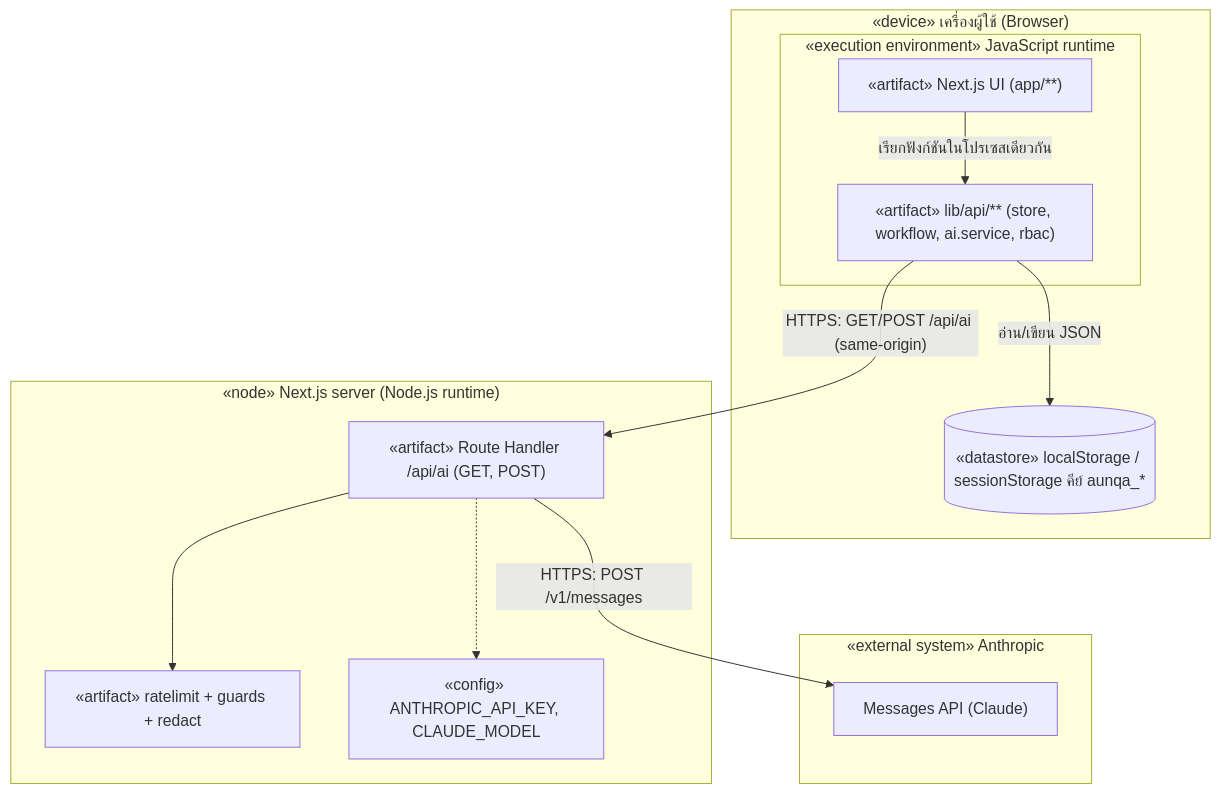
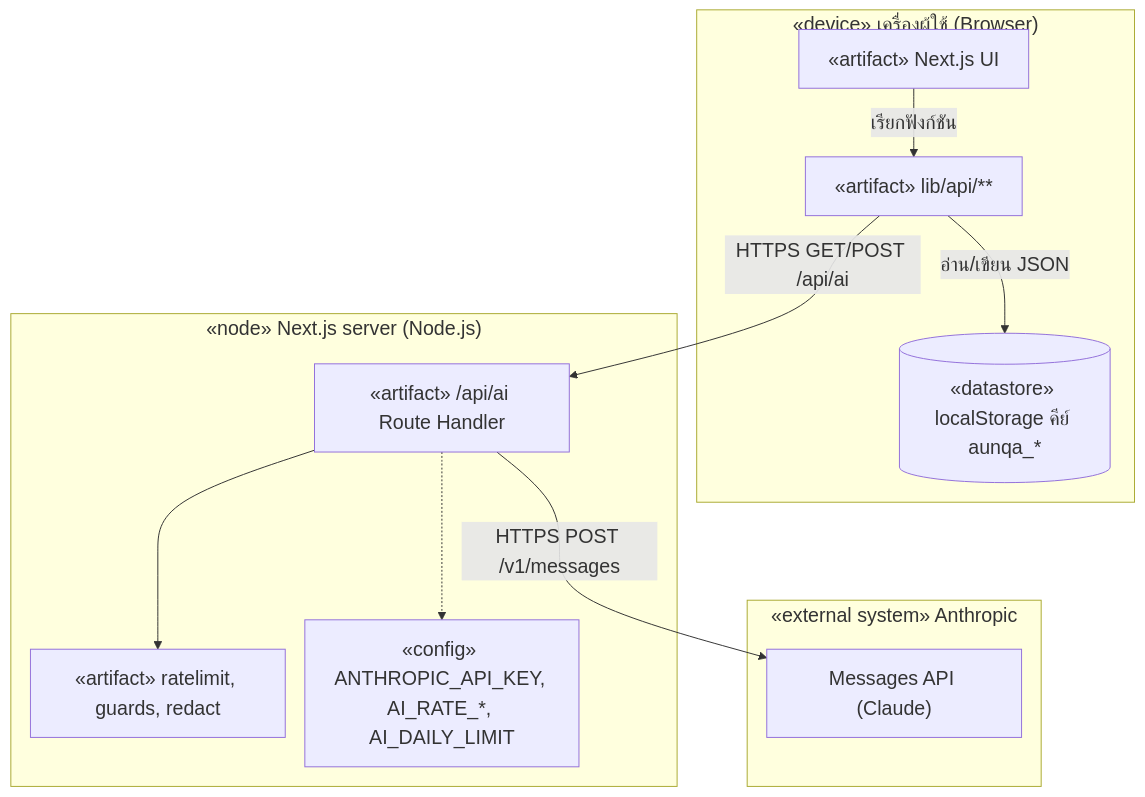
One commit to sunthanathza5566/project-mockup changed the diagram in docs/diagrams/deploy-aunqa.mmd. Above: the diagram before and after it, drawn with Mermaid. The commit also changed 15 other files, not shown here.

Commit message:
docs(TASK-0001): D1 final UML diagram set (20 figures, A4-legible, mermaid dashed-line fix)

```diff
--- a/docs/diagrams/deploy-aunqa.mmd
+++ b/docs/diagrams/deploy-aunqa.mmd
@@ -1,23 +1,22 @@
-%% source: eduflow-next/app/api/ai/route.ts:1-15,54-109; lib/api/ai/claude.ts:19-47; lib/api/db.ts:7-52; lib/api/ai/ratelimit.ts | task: TASK-0001 | updated: 2026-10-21
+%% source: eduflow-next/app/api/ai/route.ts:1-109; lib/api/ai/claude.ts:19-57; lib/api/ai/ratelimit.ts:1-67; lib/api/db.ts:7-52; lib/api/auth.api.ts:60-147 (session ใน localStorage) | task: TASK-0001 | updated: 2026-10-23
+%%{init: {"themeVariables": {"fontSize": "20px"}, "themeCSS": ".edge-pattern-dashed{stroke-dasharray: 4 4 !important}", "flowchart": {"nodeSpacing": 20, "rankSpacing": 40}}}%%
 flowchart TB
   subgraph Client["«device» เครื่องผู้ใช้ (Browser)"]
-    subgraph UIenv["«execution environment» JavaScript runtime"]
-      UI["«artifact» Next.js UI (app/**)"]
-      API["«artifact» lib/api/** (store, workflow, ai.service, rbac)"]
-    end
-    LS[("«datastore» localStorage / sessionStorage คีย์ aunqa_*")]
+    UI["«artifact» Next.js UI"]
+    API["«artifact» lib/api/**"]
+    LS[("«datastore» localStorage คีย์ aunqa_*")]
   end
-  subgraph Server["«node» Next.js server (Node.js runtime)"]
-    ROUTE["«artifact» Route Handler /api/ai (GET, POST)"]
-    RL["«artifact» ratelimit + guards + redact"]
-    ENV["«config» ANTHROPIC_API_KEY, CLAUDE_MODEL"]
+  subgraph Server["«node» Next.js server (Node.js)"]
+    ROUTE["«artifact» /api/ai Route Handler"]
+    RL["«artifact» ratelimit, guards, redact"]
+    ENV["«config» ANTHROPIC_API_KEY, AI_RATE_*, AI_DAILY_LIMIT"]
   end
   subgraph Ext["«external system» Anthropic"]
     LLM["Messages API (Claude)"]
   end
-  UI -- "เรียกฟังก์ชันในโปรเซสเดียวกัน" --> API
+  UI -- "เรียกฟังก์ชัน" --> API
   API -- "อ่าน/เขียน JSON" --> LS
-  API -- "HTTPS: GET/POST /api/ai (same-origin)" --> ROUTE
+  API -- "HTTPS GET/POST /api/ai" --> ROUTE
   ROUTE --> RL
   ROUTE -.-> ENV
-  ROUTE -- "HTTPS: POST /v1/messages" --> LLM
+  ROUTE -- "HTTPS POST /v1/messages" --> LLM
```
